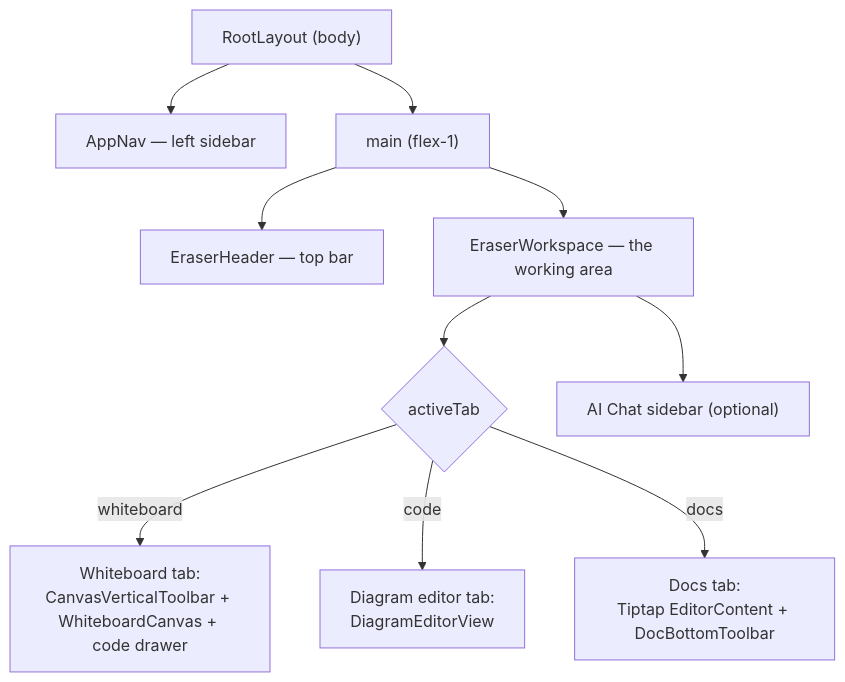
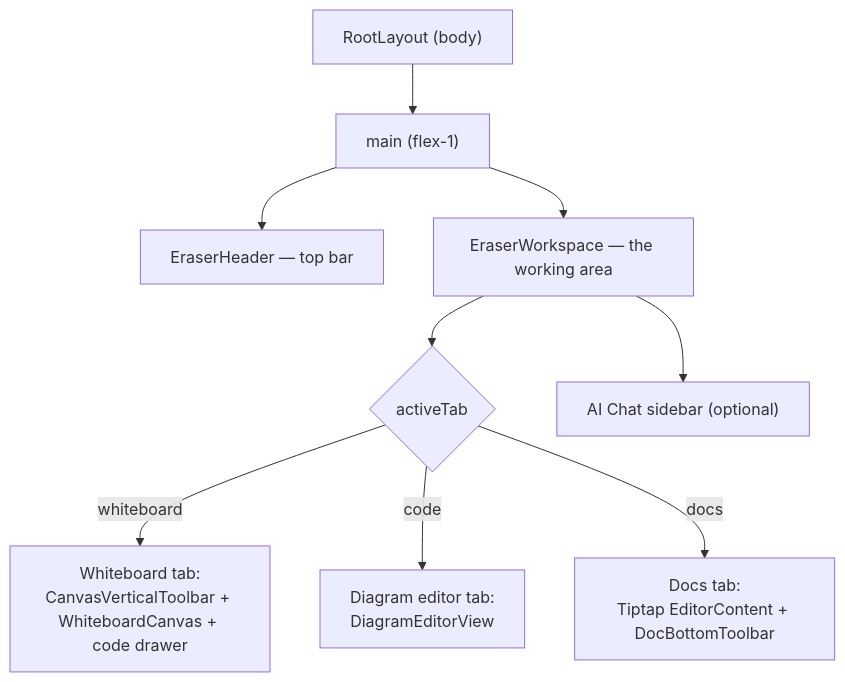
Before and after one commit to BhupendraLute/eraserio-clone: the diagram in Documentation/05-app-shell-navigation.md, drawn with Mermaid. The commit also changed other lines of this file and 45 other files, not shown here.

````diff
--- a/Documentation/05-app-shell-navigation.md
+++ b/Documentation/05-app-shell-navigation.md
@@ -10,14 +10,13 @@
 ```mermaid
 flowchart TD
     Body["RootLayout (body)"]
-    Body --> Nav["AppNav — left sidebar"]
     Body --> Main["main (flex-1)"]
     Main --> Header["EraserHeader — top bar"]
     Main --> WS["EraserWorkspace — the working area"]
 
     WS --> Tabs{"activeTab"}
     Tabs -->|whiteboard| WBTab["Whiteboard tab:<br/>CanvasVerticalToolbar + WhiteboardCanvas + code drawer"]
     Tabs -->|code| CodeTab["Diagram editor tab:<br/>DiagramEditorView"]
     Tabs -->|docs| DocsTab["Docs tab:<br/>Tiptap EditorContent + DocBottomToolbar"]
     WS --> AI["AI Chat sidebar (optional)"]
 ```
````
